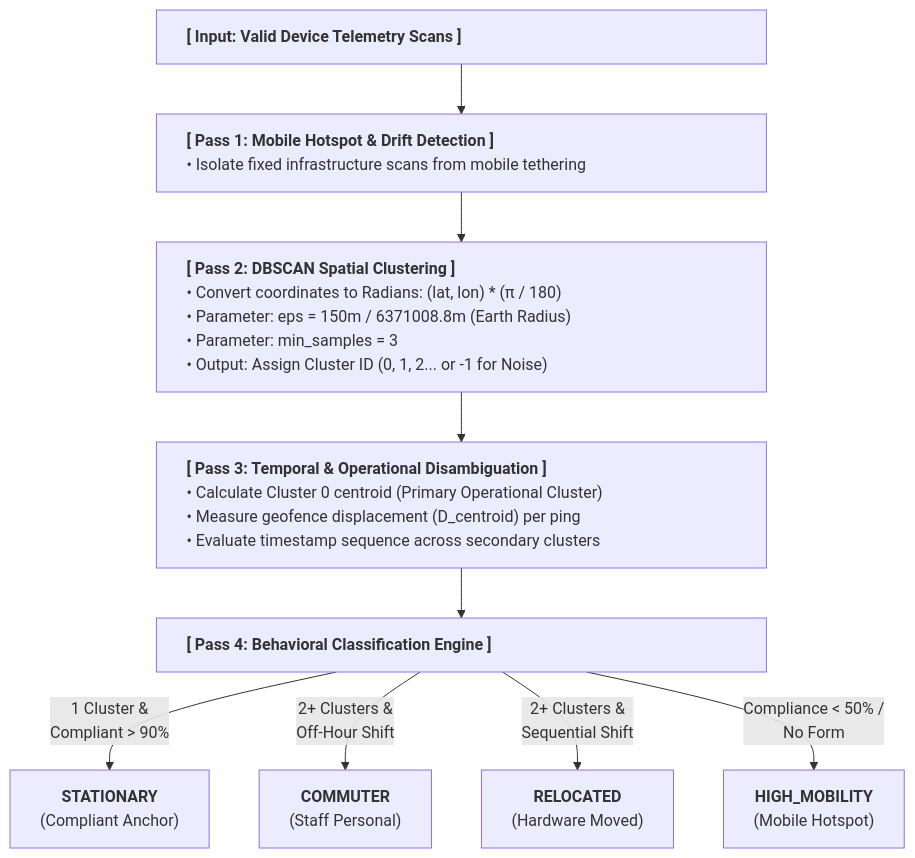
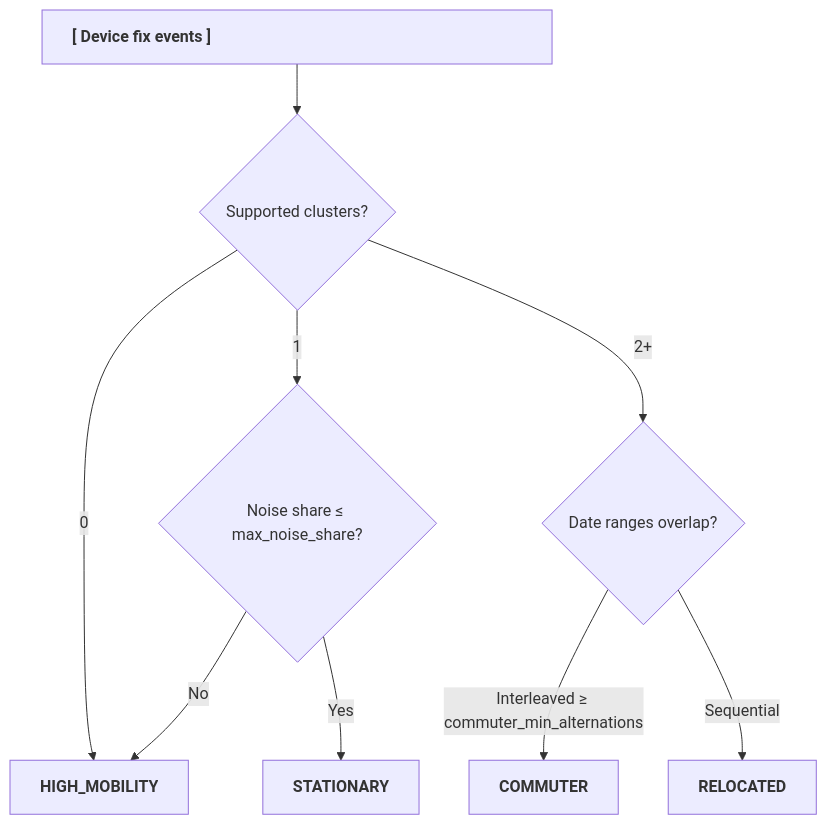
Before and after one commit to unicef/gigameter-research: the third of 5 diagrams in docs/blueprint/technical_blueprint.md, drawn with Mermaid. The commit also changed other lines of this file and 10 other files, not shown here.

````diff
--- a/docs/blueprint/technical_blueprint.md
+++ b/docs/blueprint/technical_blueprint.md
@@ -89,30 +106,21 @@
 ```mermaid
 graph TD
-    IN["<div style='min-width: 550px; text-align: left;'><b>[ Input: Valid Device Telemetry Scans ]</b></div>"]
+    IN["<div style='min-width: 450px; text-align: left;'><b>[ Device fix events ]</b></div>"]
+    K{"Supported clusters?"}
+    N{"Noise share &le; max_noise_share?"}
+    SEQ{"Date ranges overlap?"}
 
-    P1["<div style='min-width: 550px; text-align: left;'><b>[ Pass 1: Mobile Hotspot & Drift Detection ]</b><br/>• Isolate fixed infrastructure scans from mobile tethering</div>"]
+    O1["<b>STATIONARY</b>"]
+    O2["<b>COMMUTER</b>"]
+    O3["<b>RELOCATED</b>"]
+    O4["<b>HIGH_MOBILITY</b>"]
 
-    P2["<div style='min-width: 550px; text-align: left;'><b>[ Pass 2: DBSCAN Spatial Clustering ]</b><br/>• Convert coordinates to Radians: (lat, lon) * (&pi; / 180)<br/>• Parameter: eps = 150m / 6371008.8m (Earth Radius)<br/>• Parameter: min_samples = 3<br/>• Output: Assign Cluster ID (0, 1, 2... or -1 for Noise)</div>"]
-
-    P3["<div style='min-width: 550px; text-align: left;'><b>[ Pass 3: Temporal & Operational Disambiguation ]</b><br/>• Calculate Cluster 0 centroid (Primary Operational Cluster)<br/>• Measure geofence displacement (D_centroid) per ping<br/>• Evaluate timestamp sequence across secondary clusters</div>"]
-
-    P4["<div style='min-width: 550px; text-align: left;'><b>[ Pass 4: Behavioral Classification Engine ]</b></div>"]
-
-    %% Outcomes %%
-    O1["<b>STATIONARY</b><br/>(Compliant Anchor)"]
-    O2["<b>COMMUTER</b><br/>(Staff Personal)"]
-    O3["<b>RELOCATED</b><br/>(Hardware Moved)"]
-    O4["<b>HIGH_MOBILITY</b><br/>(Mobile Hotspot)"]
-
-    %% Flow %%
-    IN --> P1
-    P1 --> P2
-    P2 --> P3
-    P3 --> P4
-
-    %% Branching Logic %%
-    P4 -->|1 Cluster &<br/>Compliant > 90%| O1
-    P4 -->|2+ Clusters &<br/>Off-Hour Shift| O2
-    P4 -->|2+ Clusters &<br/>Sequential Shift| O3
-    P4 -->|Compliance < 50% /<br/>No Form| O4
+    IN --> K
+    K -->|0| O4
+    K -->|1| N
+    N -->|Yes| O1
+    N -->|No| O4
+    K -->|2+| SEQ
+    SEQ -->|Interleaved &ge; commuter_min_alternations| O2
+    SEQ -->|Sequential| O3
 ```
````
